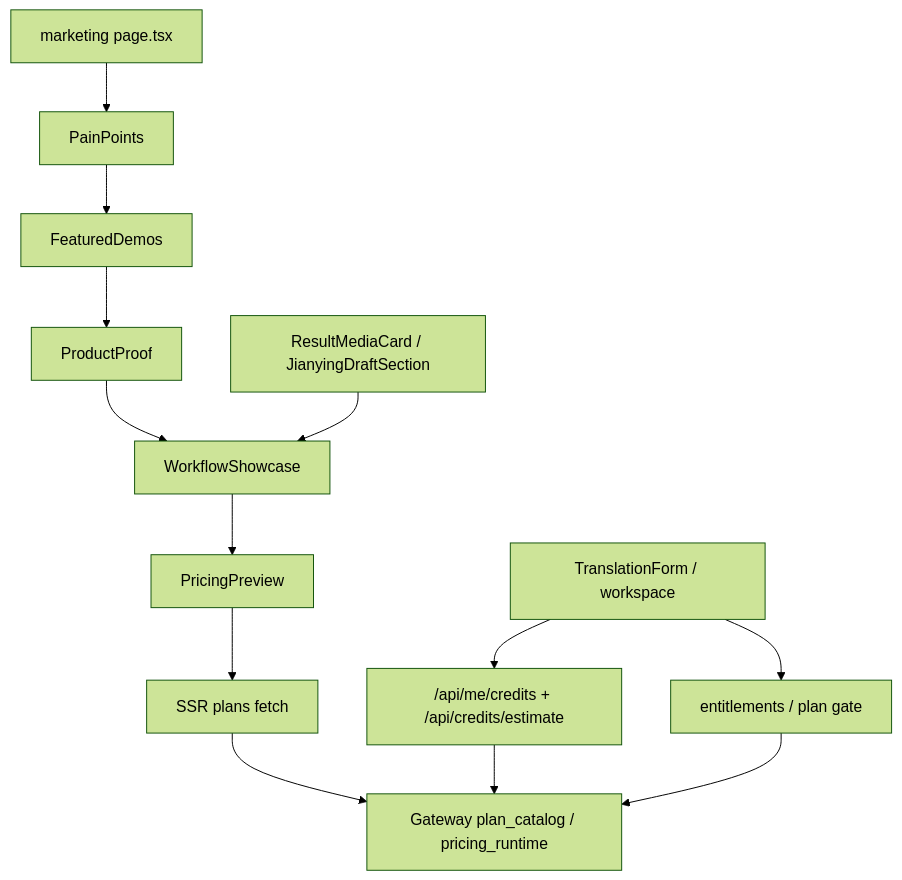
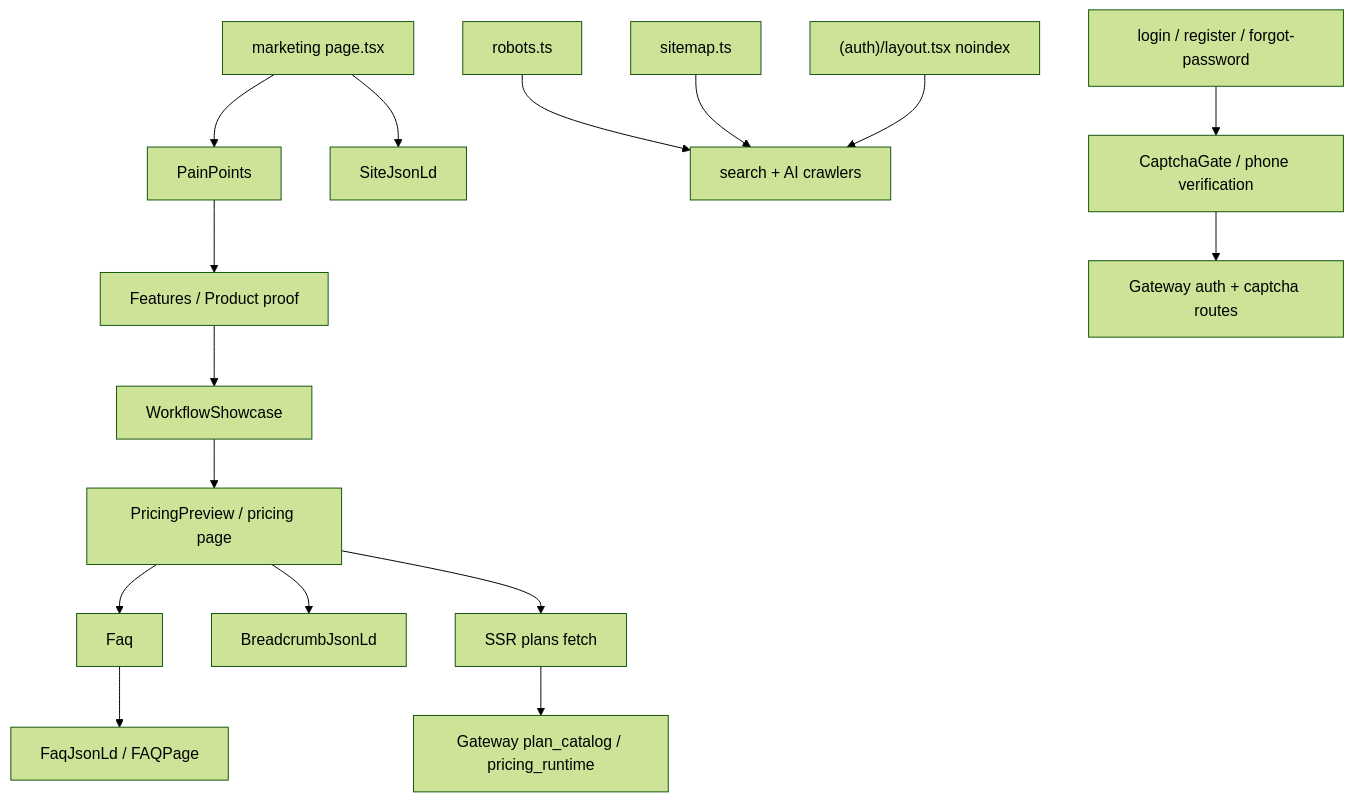
The diagram in docs/graphs/GITNEXUS_COMMERCIALIZATION_GRAPH.md (sun9bear/AITransVideo), drawn with Mermaid (forest theme) before and after one commit. The commit also changed other lines of this file and 7 other files, not shown here.

Commit message:
docs(graphs): refresh GitNexus graphs to 482b315

````diff
--- a/docs/graphs/GITNEXUS_COMMERCIALIZATION_GRAPH.md
+++ b/docs/graphs/GITNEXUS_COMMERCIALIZATION_GRAPH.md
@@ -16,18 +16,21 @@
 ```mermaid
 graph TD
     Home["marketing page.tsx"] --> Pain["PainPoints"]
-    Pain --> Demos["FeaturedDemos"]
-    Demos --> Proof["ProductProof"]
-    Proof --> Workflow["WorkflowShowcase"]
-    Workflow --> Pricing["PricingPreview"]
+    Pain --> Features["Features / Product proof"]
+    Features --> Workflow["WorkflowShowcase"]
+    Workflow --> Pricing["PricingPreview / pricing page"]
+    Pricing --> FAQ["Faq"]
+
+    FAQ --> FaqLd["FaqJsonLd / FAQPage"]
+    Home --> SiteLd["SiteJsonLd"]
+    Pricing --> Breadcrumb["BreadcrumbJsonLd"]
+    Robots["robots.ts"] --> Crawlers["search + AI crawlers"]
+    Sitemap["sitemap.ts"] --> Crawlers
+    AuthNoindex["(auth)/layout.tsx noindex"] --> Crawlers
 
     Pricing --> PlansSSR["SSR plans fetch"]
     PlansSSR --> GatewayPlans["Gateway plan_catalog / pricing_runtime"]
 
-    Workspace["TranslationForm / workspace"] --> CreditsRead["/api/me/credits + /api/credits/estimate"]
-    Workspace --> PlansGate["entitlements / plan gate"]
-    CreditsRead --> GatewayPlans
-    PlansGate --> GatewayPlans
-
-    ResultProof["ResultMediaCard / JianyingDraftSection"] --> Workflow
+    AuthPages["login / register / forgot-password"] --> Captcha["CaptchaGate / phone verification"]
+    Captcha --> GatewayAuth["Gateway auth + captcha routes"]
 ```
````
